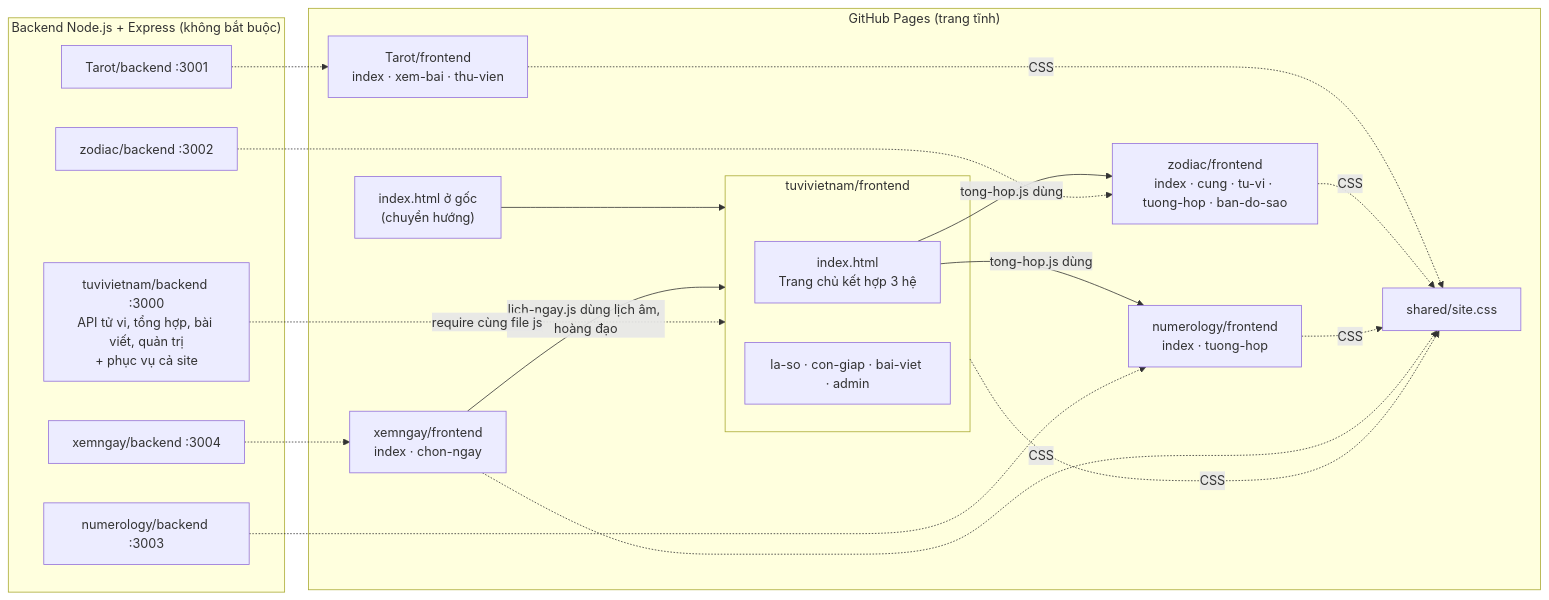
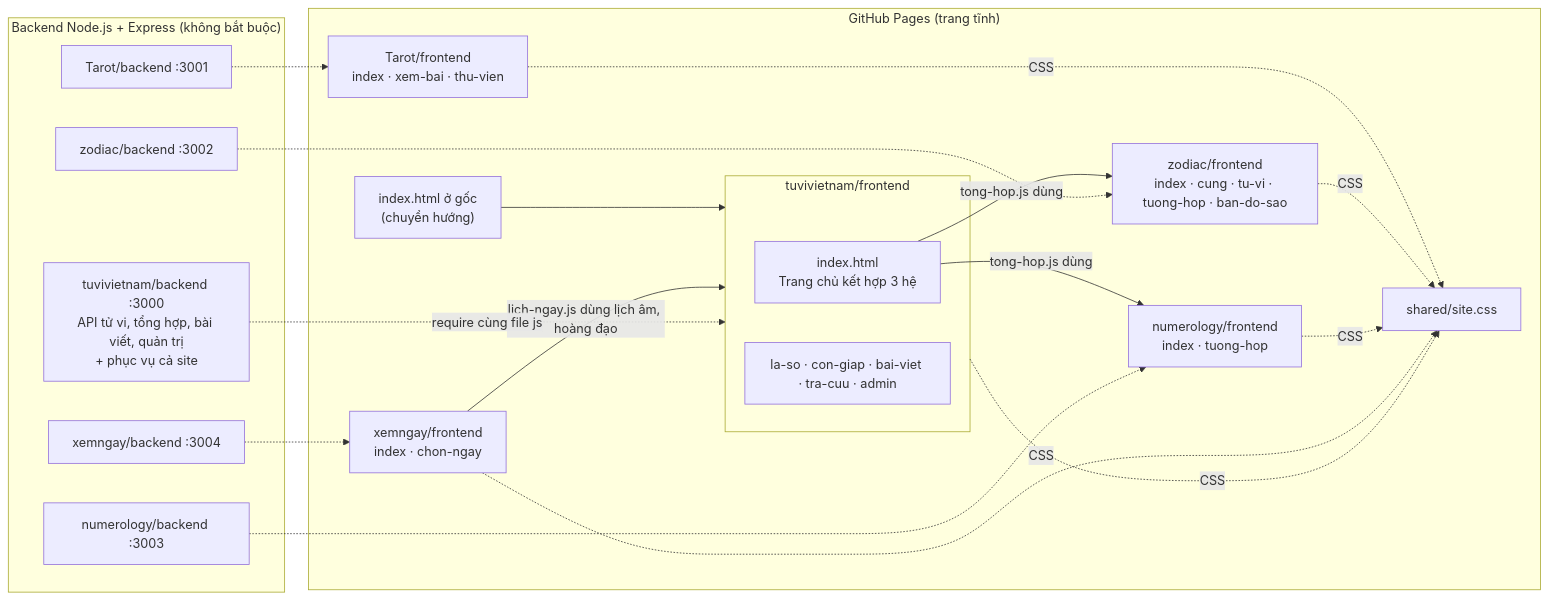
The diagram in README.md (nakame9/Spiritual), drawn with Mermaid before and after one commit. The commit also changed other lines of this file and 57 other files, not shown here.

````diff
--- a/README.md
+++ b/README.md
@@ -10,31 +10,31 @@
 ```mermaid
 flowchart LR
   subgraph Pages["GitHub Pages (trang tĩnh)"]
     G["index.html ở gốc\n(chuyển hướng)"] --> TV
     subgraph TV["tuvivietnam/frontend"]
       home["index.html\nTrang chủ kết hợp 3 hệ"]
-      tvp["la-so · con-giap · bai-viet · admin"]
+      tvp["la-so · con-giap · bai-viet · tra-cuu · admin"]
     end
     TA["Tarot/frontend\nindex · xem-bai · thu-vien"]
     ZO["zodiac/frontend\nindex · cung · tu-vi · tuong-hop · ban-do-sao"]
     NU["numerology/frontend\nindex · tuong-hop"]
     XN["xemngay/frontend\nindex · chon-ngay"]
     SH["shared/site.css"]
   end
   home -- "tong-hop.js dùng" --> ZO
   home -- "tong-hop.js dùng" --> NU
   XN -- "lich-ngay.js dùng lịch âm, hoàng đạo" --> TV
   TV & TA & ZO & NU & XN -. CSS .-> SH
   subgraph BE["Backend Node.js + Express (không bắt buộc)"]
     B0["tuvivietnam/backend :3000\nAPI tử vi, tổng hợp, bài viết, quản trị\n+ phục vụ cả site"]
     B1["Tarot/backend :3001"]
     B2["zodiac/backend :3002"]
     B3["numerology/backend :3003"]
     B4["xemngay/backend :3004"]
   end
   B0 -. "require cùng file js" .-> TV
   B1 -.-> TA
   B2 -.-> ZO
   B3 -.-> NU
   B4 -.-> XN
 ```
````
